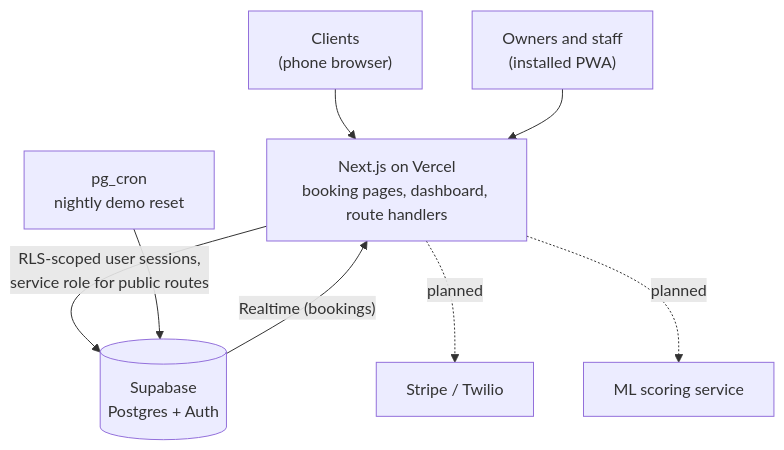
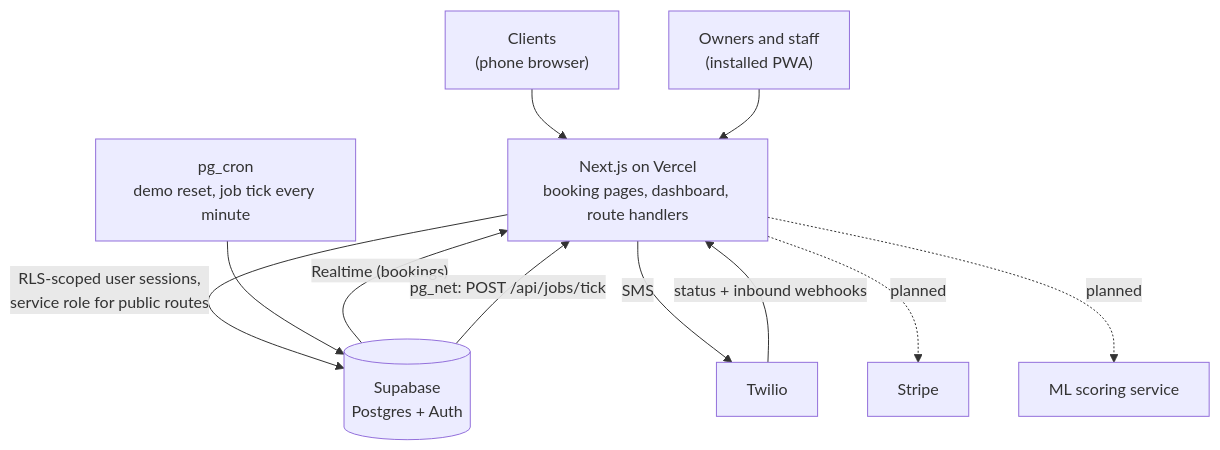
Before and after one commit to ousmanebarry/fullcut: the first of 2 diagrams in README.md, drawn with Mermaid. The commit also changed other lines of this file and 1 other file, not shown here.

First line of the commit message:
docs: Twilio setup, job runner and messaging env vars

````diff
--- a/README.md
+++ b/README.md
@@ -131,11 +134,14 @@
 ```mermaid
 flowchart TD
     client["Clients<br/>(phone browser)"] --> web
     owner["Owners and staff<br/>(installed PWA)"] --> web
     web["Next.js on Vercel<br/>booking pages, dashboard, route handlers"]
     web -->|"RLS-scoped user sessions,<br/>service role for public routes"| db[("Supabase<br/>Postgres + Auth")]
     db -->|"Realtime (bookings)"| web
-    cron["pg_cron<br/>nightly demo reset"] --> db
-    web -.->|planned| stripe["Stripe / Twilio"]
+    cron["pg_cron<br/>demo reset, job tick every minute"] --> db
+    db -->|"pg_net: POST /api/jobs/tick"| web
+    web -->|"SMS"| twilio["Twilio"]
+    twilio -->|"status + inbound webhooks"| web
+    web -.->|planned| stripe["Stripe"]
     web -.->|planned| ml["ML scoring service"]
 ```
````
